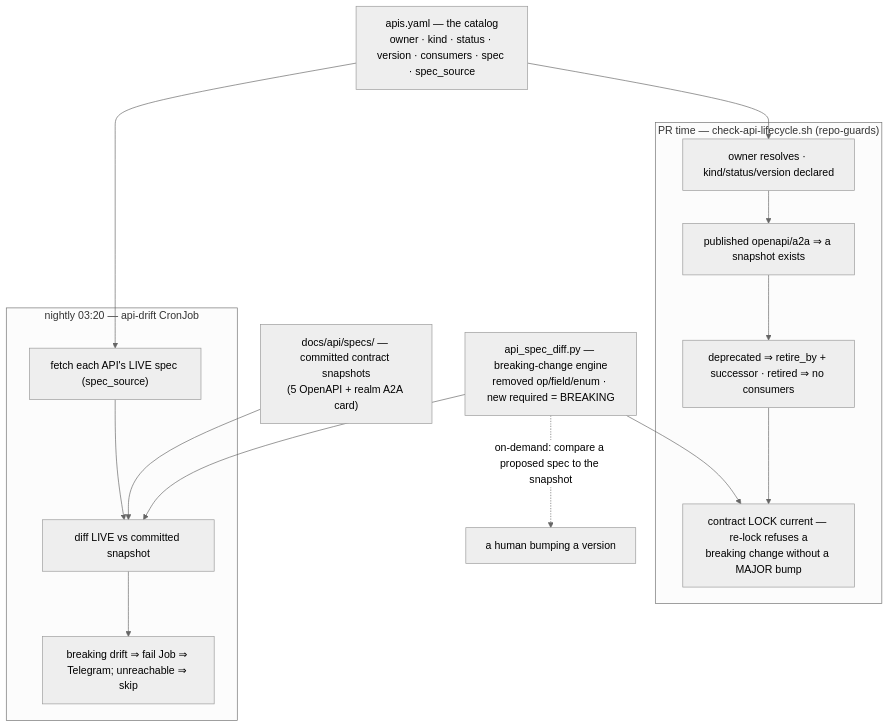
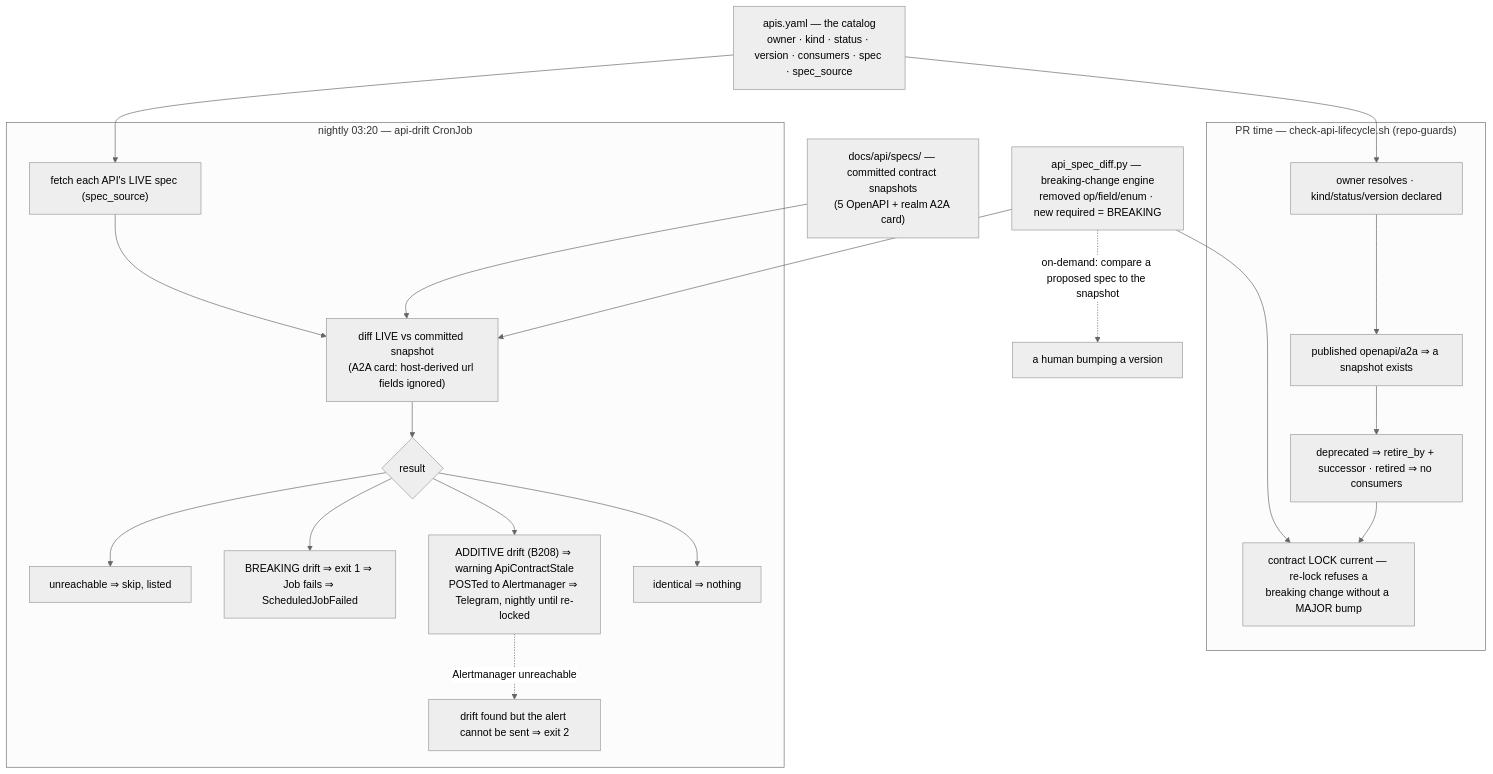
Before and after one commit to edtbl76/weyland-lab: the first of 2 diagrams in docs/diagrams/flow-api-lifecycle.md, drawn with Mermaid (neutral theme). The commit also changed other lines of this file and 19 other files, not shown here.

````diff
--- a/docs/diagrams/flow-api-lifecycle.md
+++ b/docs/diagrams/flow-api-lifecycle.md
@@ -11,25 +11,35 @@
 ```mermaid
 flowchart TB
     CAT["apis.yaml — the catalog<br/>owner · kind · status · version · consumers · spec · spec_source"]
     SNAP["docs/api/specs/ — committed contract snapshots<br/>(5 OpenAPI + realm A2A card)"]
     ENG["api_spec_diff.py — breaking-change engine<br/>removed op/field/enum · new required = BREAKING"]
 
     subgraph CI ["PR time — check-api-lifecycle.sh (repo-guards)"]
         L1["owner resolves · kind/status/version declared"]
         L2["published openapi/a2a ⇒ a snapshot exists"]
         L3["deprecated ⇒ retire_by + successor · retired ⇒ no consumers"]
         L4["contract LOCK current — re-lock refuses a<br/>breaking change without a MAJOR bump"]
     end
     subgraph RUN ["nightly 03:20 — api-drift CronJob"]
         D1["fetch each API's LIVE spec (spec_source)"]
-        D2["diff LIVE vs committed snapshot"]
-        D3["breaking drift ⇒ fail Job ⇒ Telegram; unreachable ⇒ skip"]
+        D2["diff LIVE vs committed snapshot<br/>(A2A card: host-derived url fields ignored)"]
+        D3{"result"}
+        DI["identical ⇒ nothing"]
+        DA["ADDITIVE drift (B208) ⇒ warning ApiContractStale<br/>POSTed to Alertmanager ⇒ Telegram, nightly until re-locked"]
+        DB["BREAKING drift ⇒ exit 1 ⇒ Job fails ⇒ ScheduledJobFailed"]
+        DS["unreachable ⇒ skip, listed"]
+        DX["drift found but the alert cannot be sent ⇒ exit 2"]
     end
 
     CAT --> L1 --> L2 --> L3 --> L4
     ENG --> L4
     CAT --> D1 --> D2 --> D3
+    D3 --> DI
+    D3 --> DA
+    D3 --> DB
+    D3 --> DS
+    DA -.Alertmanager unreachable.-> DX
     SNAP --> D2
     ENG --> D2
     ENG -.on-demand: compare a proposed spec to the snapshot.-> DEV["a human bumping a version"]
 ```
````
